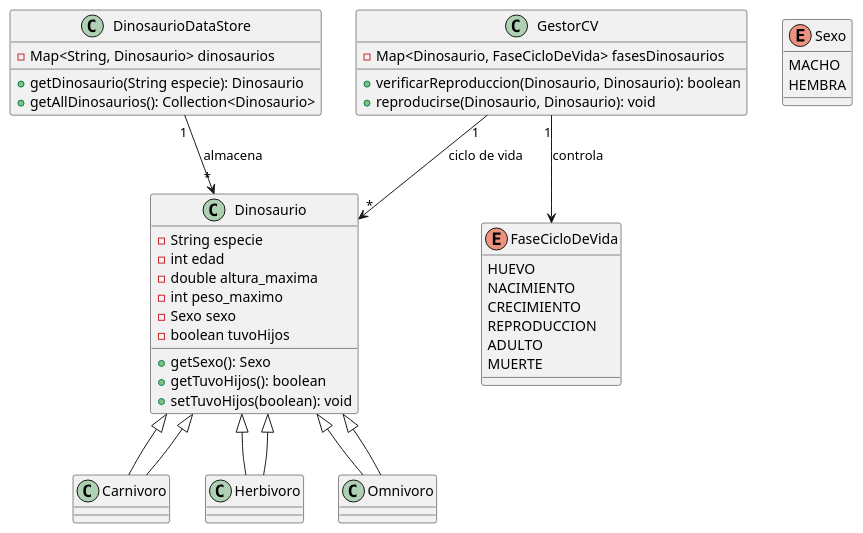
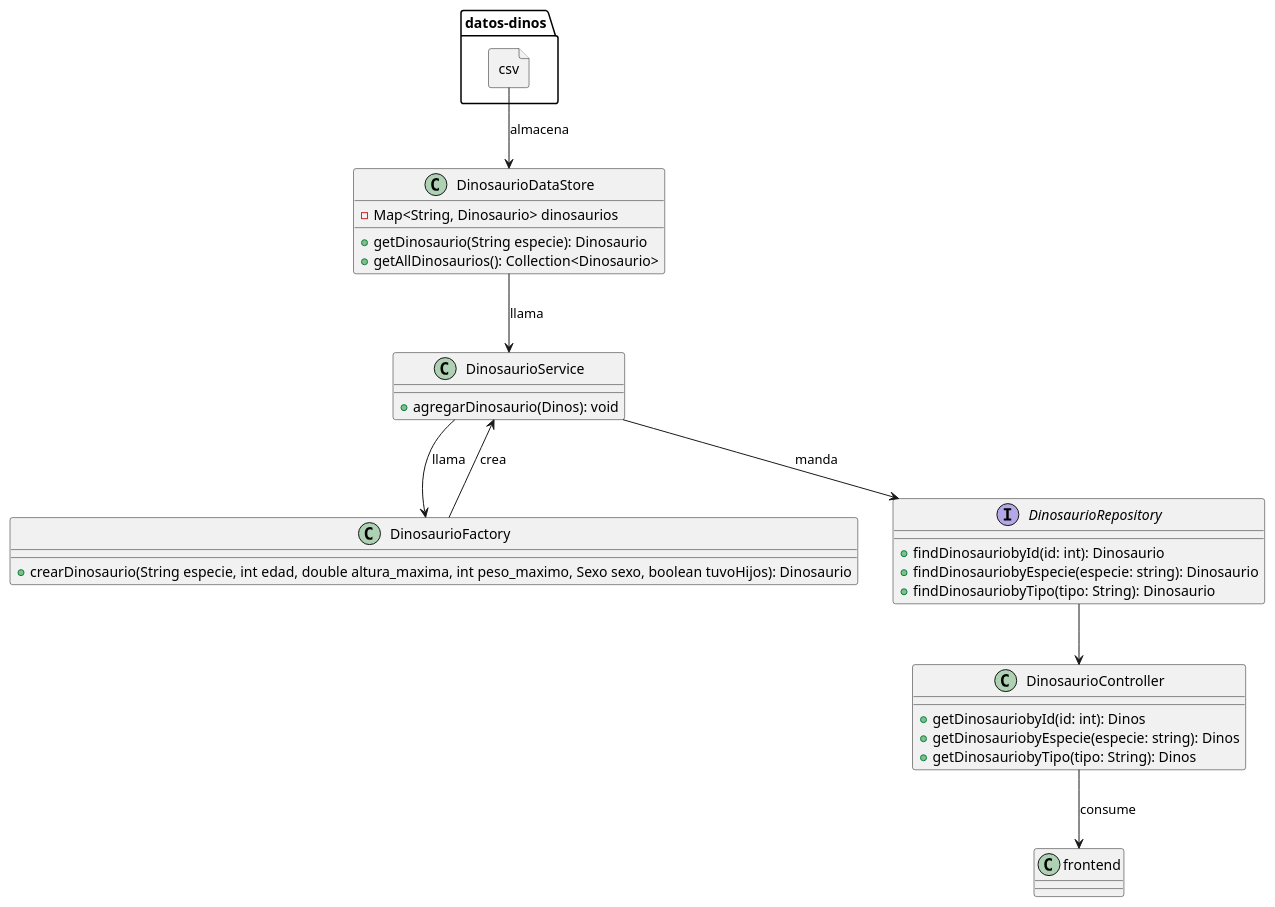
One commit to sssdark302/JurassicPark changed the diagram in uml/ReproClases.puml. Above: the diagram before and after it, drawn with PlantUML. The commit also changed 2 other files, not shown here.

Commit message:
fix/arreglar reproduccion en GestorCV + uml reproduccion

```diff
--- a/uml/ReproClases.puml
+++ b/uml/ReproClases.puml
@@ -1,50 +1,40 @@
 @startuml
-class Dinosaurio {
-    -String especie
-    -int edad
-    -double altura_maxima
-    -int peso_maximo
-    -Sexo sexo
-    -boolean tuvoHijos
-    +getSexo(): Sexo
-    +getTuvoHijos(): boolean
-    +setTuvoHijos(boolean): void
-}
-
-enum Sexo {
-    MACHO
-    HEMBRA
-}
-
-class Carnivoro extends Dinosaurio
-class Herbivoro extends Dinosaurio
-class Omnivoro extends Dinosaurio
 
 class DinosaurioDataStore {
     -Map<String, Dinosaurio> dinosaurios
     +getDinosaurio(String especie): Dinosaurio
     +getAllDinosaurios(): Collection<Dinosaurio>
 }
 
-class GestorCV {
-    -Map<Dinosaurio, FaseCicloDeVida> fasesDinosaurios
-    +verificarReproduccion(Dinosaurio, Dinosaurio): boolean
-    +reproducirse(Dinosaurio, Dinosaurio): void
+class DinosaurioService{
+    +agregarDinosaurio(Dinos): void
 }
 
-enum FaseCicloDeVida {
-    HUEVO
-    NACIMIENTO
-    CRECIMIENTO
-    REPRODUCCION
-    ADULTO
-    MUERTE
+class DinosaurioFactory{
+    +crearDinosaurio(String especie, int edad, double altura_maxima, int peso_maximo, Sexo sexo, boolean tuvoHijos): Dinosaurio
 }
 
-DinosaurioDataStore "1" --> "*" Dinosaurio : almacena
-Dinosaurio <|-- Carnivoro
-Dinosaurio <|-- Herbivoro
-Dinosaurio <|-- Omnivoro
-GestorCV "1" --> "*" Dinosaurio : ciclo de vida
-GestorCV "1" --> FaseCicloDeVida : controla
+file datos-dinos.csv{
+}
+interface DinosaurioRepository{
+    +findDinosauriobyId(id: int): Dinosaurio
+    +findDinosauriobyEspecie(especie: string): Dinosaurio
+    +findDinosauriobyTipo(tipo: String): Dinosaurio
+}
+class DinosaurioController{
+    +getDinosauriobyId(id: int): Dinos
+    +getDinosauriobyEspecie(especie: string): Dinos
+    +getDinosauriobyTipo(tipo: String): Dinos
+}
+class frontend{
+}
+
+csv -->  DinosaurioDataStore : almacena
+DinosaurioDataStore --> DinosaurioService : llama
+DinosaurioService --> DinosaurioFactory : llama
+DinosaurioService <-- DinosaurioFactory : crea
+DinosaurioController --> frontend : consume
+DinosaurioService --> DinosaurioRepository : manda
+DinosaurioRepository --> DinosaurioController
+
 @enduml
```
